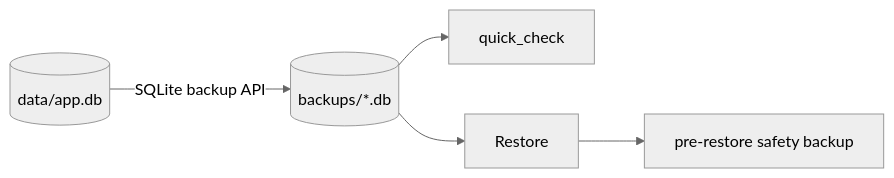
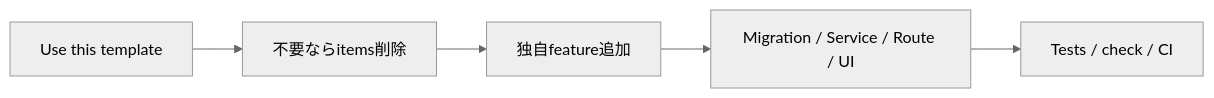
One commit to k-systems202208/python-sqlite-tailscale-webapp-template changed the eighth of 8 diagrams in docs/ARCHITECTURE.md. Above: the diagram before and after it, drawn with Mermaid (neutral theme). The commit also changed other lines of this file and 26 other files, not shown here.

````diff
--- a/docs/ARCHITECTURE.md
+++ b/docs/ARCHITECTURE.md
@@ -173,7 +158,7 @@
 ```mermaid
 flowchart LR
-    DB[("data/app.db")] -->|"SQLite backup API"| B[("backups/*.db")]
-    B --> C["quick_check"]
-    B --> R["Restore"]
-    R --> S["pre-restore safety backup"]
+    A["Use this template"] --> B["不要ならitems削除"]
+    B --> C["独自feature追加"]
+    C --> D["Migration / Service / Route / UI"]
+    D --> E["Tests / check / CI"]
 ```
````
